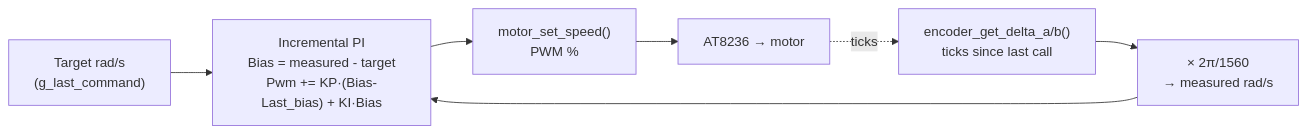
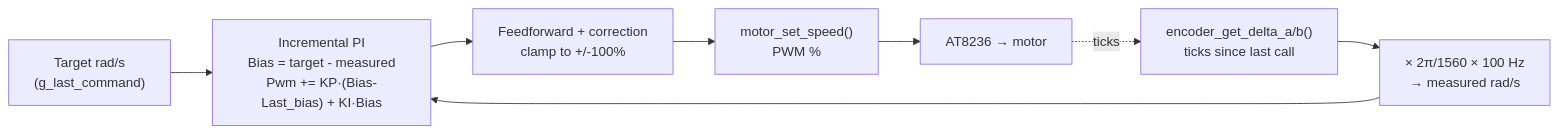
One commit to Alvin0523/mdp changed the diagram in docs/stm32/tuning.md. Above: the diagram before and after it, drawn with Mermaid. The commit also changed other lines of this file and 4 other files, not shown here.

````diff
--- a/docs/stm32/tuning.md
+++ b/docs/stm32/tuning.md
@@ -17,9 +17,10 @@
 ```mermaid
 flowchart LR
     TARGET["Target rad/s<br/>(g_last_command)"] --> PI
-    ENC["encoder_get_delta_a/b()<br/>ticks since last call"] --> CONV["× 2π/1560<br/>→ measured rad/s"]
-    CONV --> PI["Incremental PI<br/>Bias = measured - target<br/>Pwm += KP·(Bias-Last_bias) + KI·Bias"]
-    PI --> OUT["motor_set_speed()<br/>PWM %"]
+    ENC["encoder_get_delta_a/b()<br/>ticks since last call"] --> CONV["× 2π/1560 × 100 Hz<br/>→ measured rad/s"]
+    CONV --> PI["Incremental PI<br/>Bias = target - measured<br/>Pwm += KP·(Bias-Last_bias) + KI·Bias"]
+    PI --> SUM["Feedforward + correction<br/>clamp to +/-100%"]
+    SUM --> OUT["motor_set_speed()<br/>PWM %"]
     OUT --> MOTOR["AT8236 → motor"]
     MOTOR -.->|"ticks"| ENC
 ```
````
